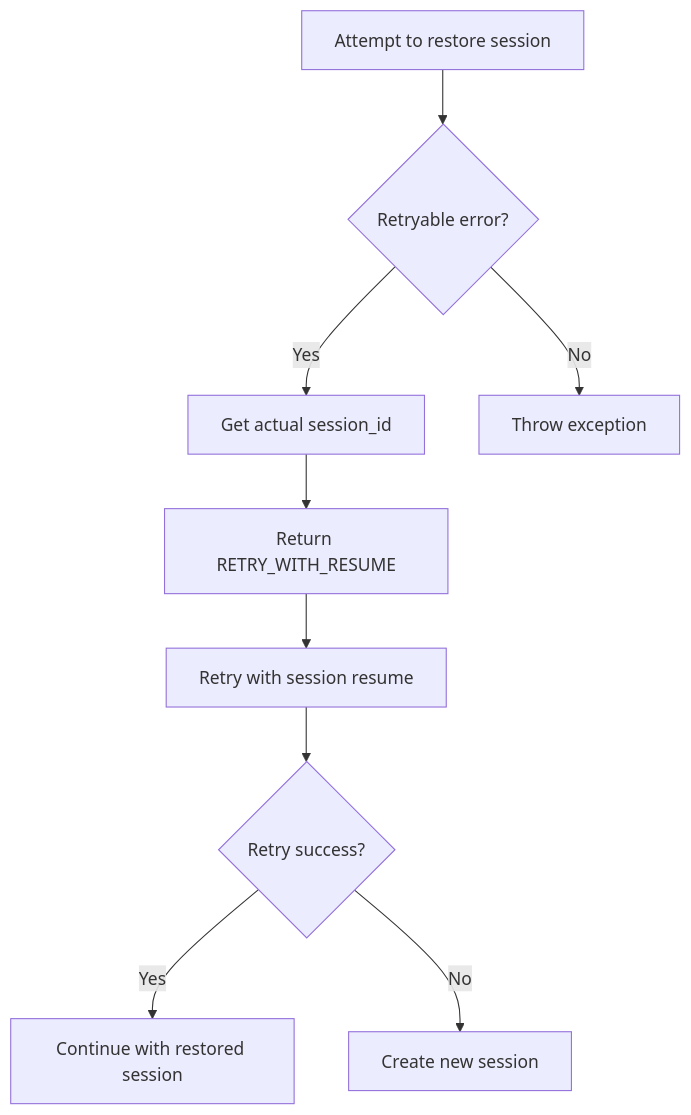
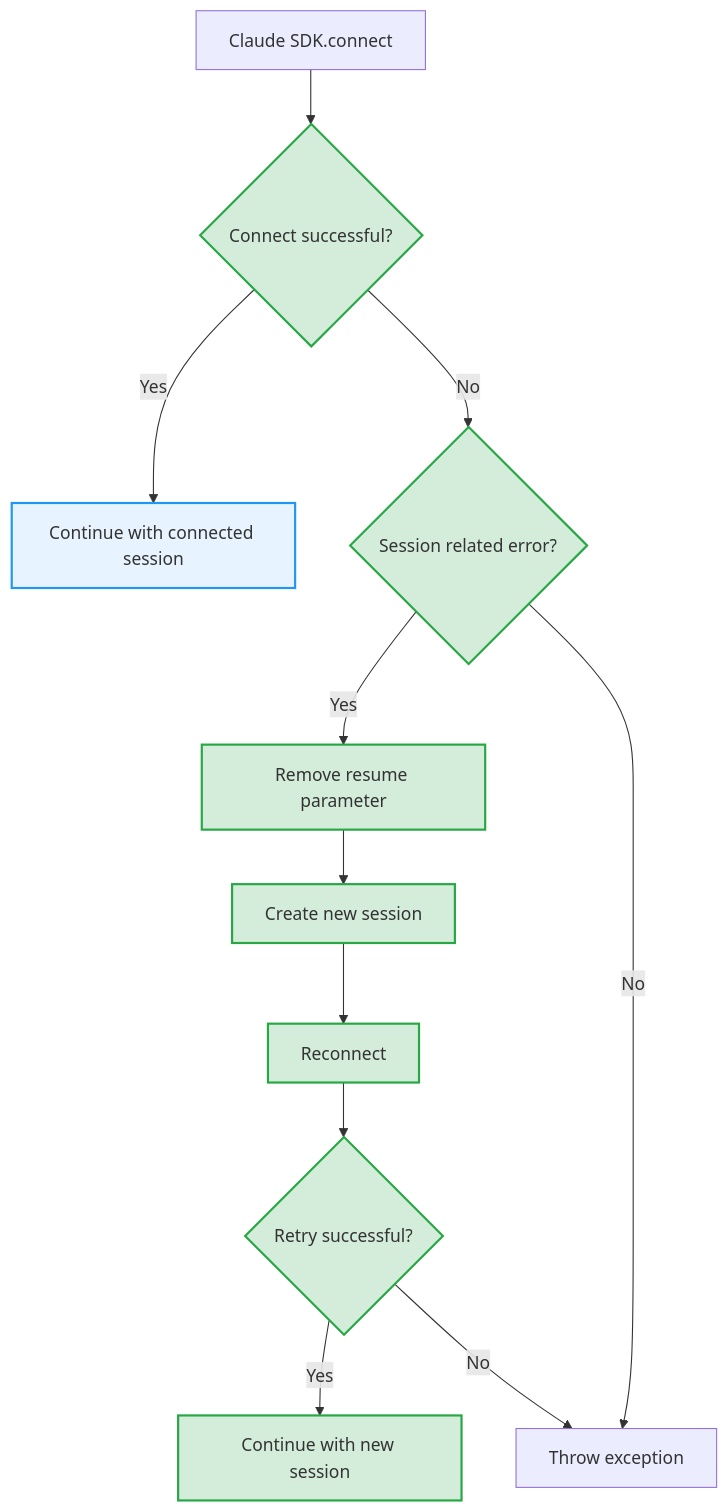
One commit to wecode-ai/Wegent changed the ninth of 9 diagrams in docs/en/features/task-restore.md. Above: the diagram before and after it, drawn with Mermaid. The commit also changed other lines of this file and 1 other file, not shown here.

First line of the commit message:
docs: update task restore documentation with visual markers

````diff
--- a/docs/en/features/task-restore.md
+++ b/docs/en/features/task-restore.md
@@ -244,11 +435,16 @@
 ```mermaid
 flowchart TB
-    A[Attempt to restore session] --> B{Retryable error?}
-    B -->|Yes| C[Get actual session_id]
-    C --> D[Return RETRY_WITH_RESUME]
-    D --> E[Retry with session resume]
-    E --> F{Retry success?}
-    F -->|Yes| G[Continue with restored session]
-    F -->|No| H[Create new session]
-    B -->|No| I[Throw exception]
+    A[Claude SDK.connect] --> B{Connect successful?}:::new
+    B -->|Yes| C[Continue with connected session]:::existing
+    B -->|No| D{Session related error?}:::new
+    D -->|Yes| E[Remove resume parameter]:::new
+    D -->|No| F[Throw exception]
+    E --> G[Create new session]:::new
+    G --> H[Reconnect]:::new
+    H --> I{Retry successful?}:::new
+    I -->|Yes| J[Continue with new session]:::new
+    I -->|No| F
+
+    classDef existing fill:#e7f3ff,stroke:#2196f3,stroke-width:2px
+    classDef new fill:#d4edda,stroke:#28a745,stroke-width:2px
 ```
````
